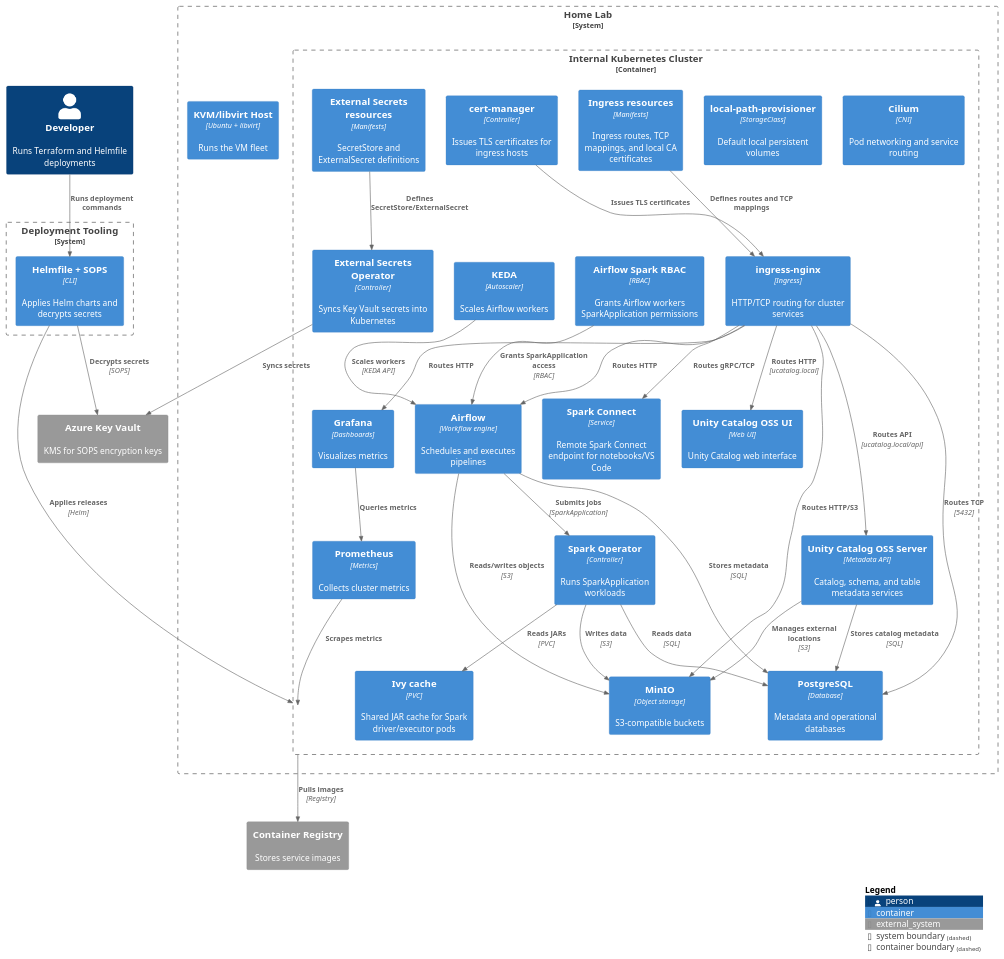
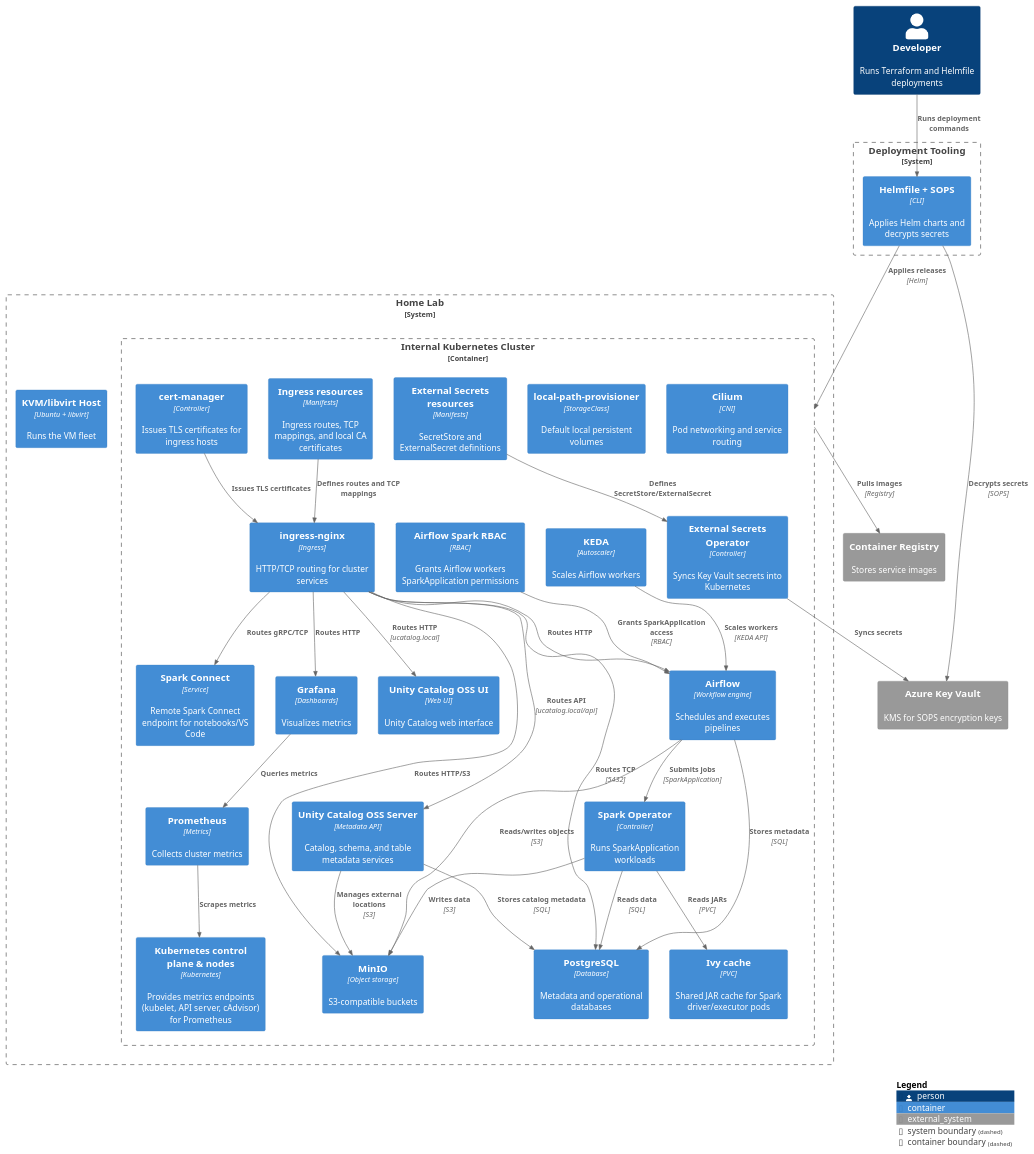
Before and after one commit to AntonMiniazev/bohr_project: the diagram in docs/diagrams/Internal-Cluster-Containers.puml, drawn with PlantUML. The commit also changed 9 other files, not shown here.

```diff
--- a/docs/diagrams/Internal-Cluster-Containers.puml
+++ b/docs/diagrams/Internal-Cluster-Containers.puml
@@ -1,70 +1,71 @@
 @startuml Internal-Cluster-Containers
 !includeurl https://raw.githubusercontent.com/plantuml-stdlib/C4-PlantUML/master/C4_Container.puml
 LAYOUT_WITH_LEGEND()
 HIDE_STEREOTYPE()
 
 Person(dev, "Developer", "Runs Terraform and Helmfile deployments")
 
 System_Ext(keyvault, "Azure Key Vault", "KMS for SOPS encryption keys")
 System_Ext(registry, "Container Registry", "Stores service images")
 
 System_Boundary(tooling, "Deployment Tooling") {
     Container(helmfile, "Helmfile + SOPS", "CLI", "Applies Helm charts and decrypts secrets")
 }
 
 System_Boundary(home, "Home Lab") {
     Container(kvmhost, "KVM/libvirt Host", "Ubuntu + libvirt", "Runs the VM fleet")
 
     Container_Boundary(cluster, "Internal Kubernetes Cluster") {
         Container(cilium, "Cilium", "CNI", "Pod networking and service routing")
         Container(localpath, "local-path-provisioner", "StorageClass", "Default local persistent volumes")
         Container(certmanager, "cert-manager", "Controller", "Issues TLS certificates for ingress hosts")
         Container(ingress, "ingress-nginx", "Ingress", "HTTP/TCP routing for cluster services")
         Container(ingressResources, "Ingress resources", "Manifests", "Ingress routes, TCP mappings, and local CA certificates")
         Container(externalSecrets, "External Secrets Operator", "Controller", "Syncs Key Vault secrets into Kubernetes")
         Container(externalSecretsResources, "External Secrets resources", "Manifests", "SecretStore and ExternalSecret definitions")
         Container(postgres, "PostgreSQL", "Database", "Metadata and operational databases")
         Container(minio, "MinIO", "Object storage", "S3-compatible buckets")
         Container(airflow, "Airflow", "Workflow engine", "Schedules and executes pipelines")
         Container(spark, "Spark Operator", "Controller", "Runs SparkApplication workloads")
         Container(sparkconnect, "Spark Connect", "Service", "Remote Spark Connect endpoint for notebooks/VS Code")
         Container(airflowSparkRbac, "Airflow Spark RBAC", "RBAC", "Grants Airflow workers SparkApplication permissions")
         Container(ivyCache, "Ivy cache", "PVC", "Shared JAR cache for Spark driver/executor pods")
         Container(unityCatalogServer, "Unity Catalog OSS Server", "Metadata API", "Catalog, schema, and table metadata services")
         Container(unityCatalogUi, "Unity Catalog OSS UI", "Web UI", "Unity Catalog web interface")
+        Container(kubecontrol, "Kubernetes control plane & nodes", "Kubernetes", "Provides metrics endpoints (kubelet, API server, cAdvisor) for Prometheus")
         Container(prometheus, "Prometheus", "Metrics", "Collects cluster metrics")
         Container(grafana, "Grafana", "Dashboards", "Visualizes metrics")
         Container(keda, "KEDA", "Autoscaler", "Scales Airflow workers")
     }
 }
 
 Rel(dev, helmfile, "Runs deployment commands")
 Rel(helmfile, cluster, "Applies releases", "Helm")
 Rel(helmfile, keyvault, "Decrypts secrets", "SOPS")
 Rel(externalSecrets, keyvault, "Syncs secrets")
 Rel(externalSecretsResources, externalSecrets, "Defines SecretStore/ExternalSecret")
 Rel(certmanager, ingress, "Issues TLS certificates")
 Rel(ingressResources, ingress, "Defines routes and TCP mappings")
 Rel(ingress, airflow, "Routes HTTP")
 Rel(ingress, minio, "Routes HTTP/S3")
 Rel(ingress, sparkconnect, "Routes gRPC/TCP")
 Rel(ingress, unityCatalogUi, "Routes HTTP", "ucatalog.local")
 Rel(ingress, unityCatalogServer, "Routes API", "ucatalog.local/api")
 Rel(ingress, postgres, "Routes TCP", "5432")
 Rel(ingress, grafana, "Routes HTTP")
 Rel(cluster, registry, "Pulls images", "Registry")
 Rel(airflow, postgres, "Stores metadata", "SQL")
 Rel(airflow, minio, "Reads/writes objects", "S3")
 Rel(airflow, spark, "Submits jobs", "SparkApplication")
 Rel(airflowSparkRbac, airflow, "Grants SparkApplication access", "RBAC")
 Rel(spark, postgres, "Reads data", "SQL")
 Rel(spark, minio, "Writes data", "S3")
 Rel(spark, ivyCache, "Reads JARs", "PVC")
 Rel(unityCatalogServer, postgres, "Stores catalog metadata", "SQL")
 Rel(unityCatalogServer, minio, "Manages external locations", "S3")
-Rel(prometheus, cluster, "Scrapes metrics")
+Rel(prometheus, kubecontrol, "Scrapes metrics")
 Rel(grafana, prometheus, "Queries metrics")
 Rel(keda, airflow, "Scales workers", "KEDA API")
 
 SHOW_LEGEND()
 @enduml
```
